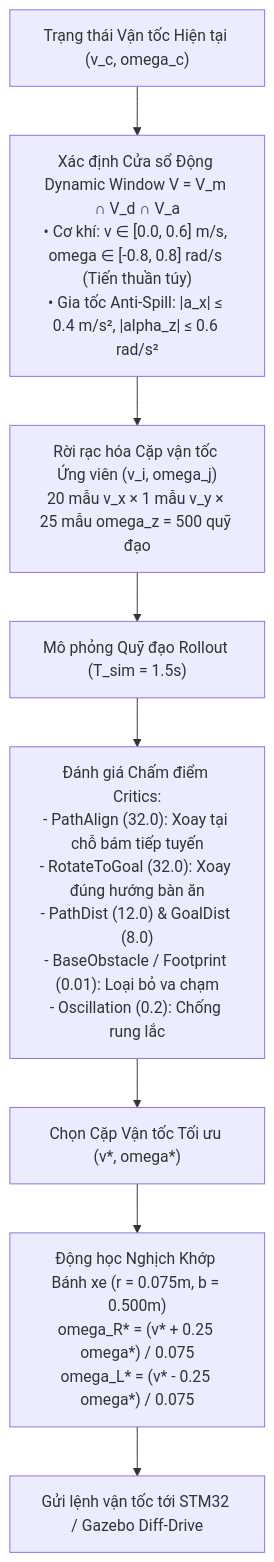
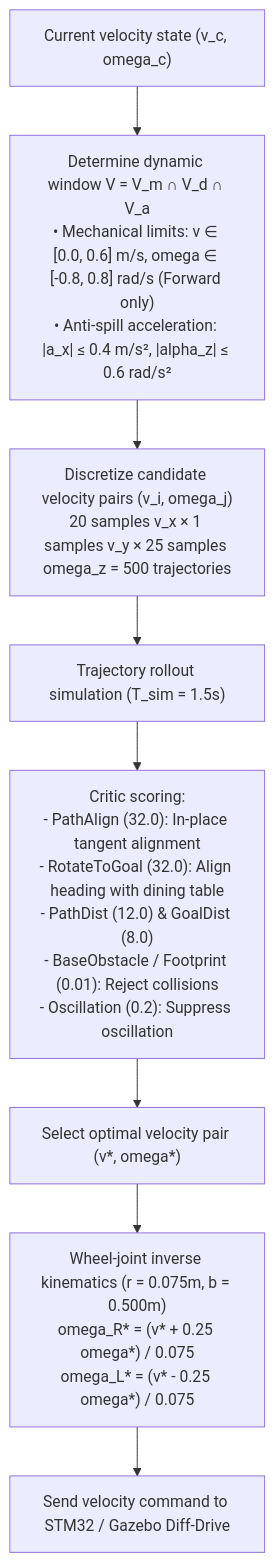
One commit to dquang05/capstone_ros2 changed the fourth of 4 diagrams in docs/AMR_ALGORITHM.md. Above: the diagram before and after it, drawn with Mermaid. The commit also changed other lines of this file and 7 other files, not shown here.

````diff
--- a/docs/AMR_ALGORITHM.md
+++ b/docs/AMR_ALGORITHM.md
@@ -219,10 +219,10 @@
 ```mermaid
 graph TD
-    CurrentState["Trạng thái Vận tốc Hiện tại (v_c, omega_c)"] --> DynamicWindow["Xác định Cửa sổ Động Dynamic Window V = V_m ∩ V_d ∩ V_a<br/>• Cơ khí: v ∈ [0.0, 0.6] m/s, omega ∈ [-0.8, 0.8] rad/s (Tiến thuần túy)<br/>• Gia tốc Anti-Spill: |a_x| ≤ 0.4 m/s², |alpha_z| ≤ 0.6 rad/s²"]
-    DynamicWindow --> Discretization["Rời rạc hóa Cặp vận tốc Ứng viên (v_i, omega_j)<br/>20 mẫu v_x × 1 mẫu v_y × 25 mẫu omega_z = 500 quỹ đạo"]
-    Discretization --> Rollout["Mô phỏng Quỹ đạo Rollout (T_sim = 1.5s)"]
-    Rollout --> CriticsEvaluation["Đánh giá Chấm điểm Critics:<br/>- PathAlign (32.0): Xoay tại chỗ bám tiếp tuyến<br/>- RotateToGoal (32.0): Xoay đúng hướng bàn ăn<br/>- PathDist (12.0) & GoalDist (8.0)<br/>- BaseObstacle / Footprint (0.01): Loại bỏ va chạm<br/>- Oscillation (0.2): Chống rung lắc"]
-    CriticsEvaluation --> OptimalCmd["Chọn Cặp Vận tốc Tối ưu (v*, omega*)"]
-    OptimalCmd --> InverseKinematics["Động học Nghịch Khớp Bánh xe (r = 0.075m, b = 0.500m)<br/>omega_R* = (v* + 0.25 omega*) / 0.075<br/>omega_L* = (v* - 0.25 omega*) / 0.075"]
-    InverseKinematics --> ActuatorOutput["Gửi lệnh vận tốc tới STM32 / Gazebo Diff-Drive"]
+    CurrentState["Current velocity state (v_c, omega_c)"] --> DynamicWindow["Determine dynamic window V = V_m ∩ V_d ∩ V_a<br/>• Mechanical limits: v ∈ [0.0, 0.6] m/s, omega ∈ [-0.8, 0.8] rad/s (Forward only)<br/>• Anti-spill acceleration: |a_x| ≤ 0.4 m/s², |alpha_z| ≤ 0.6 rad/s²"]
+    DynamicWindow --> Discretization["Discretize candidate velocity pairs (v_i, omega_j)<br/>20 samples v_x × 1 samples v_y × 25 samples omega_z = 500 trajectories"]
+    Discretization --> Rollout["Trajectory rollout simulation (T_sim = 1.5s)"]
+    Rollout --> CriticsEvaluation["Critic scoring:<br/>- PathAlign (32.0): In-place tangent alignment<br/>- RotateToGoal (32.0): Align heading with dining table<br/>- PathDist (12.0) & GoalDist (8.0)<br/>- BaseObstacle / Footprint (0.01): Reject collisions<br/>- Oscillation (0.2): Suppress oscillation"]
+    CriticsEvaluation --> OptimalCmd["Select optimal velocity pair (v*, omega*)"]
+    OptimalCmd --> InverseKinematics["Wheel-joint inverse kinematics (r = 0.075m, b = 0.500m)<br/>omega_R* = (v* + 0.25 omega*) / 0.075<br/>omega_L* = (v* - 0.25 omega*) / 0.075"]
+    InverseKinematics --> ActuatorOutput["Send velocity command to STM32 / Gazebo Diff-Drive"]
 ```
````
